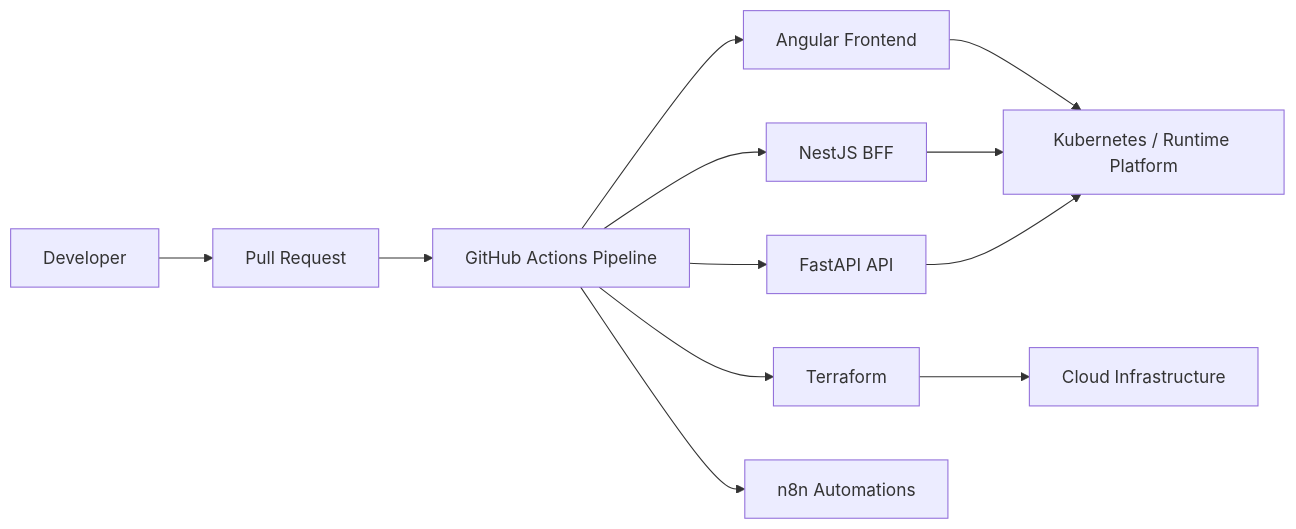
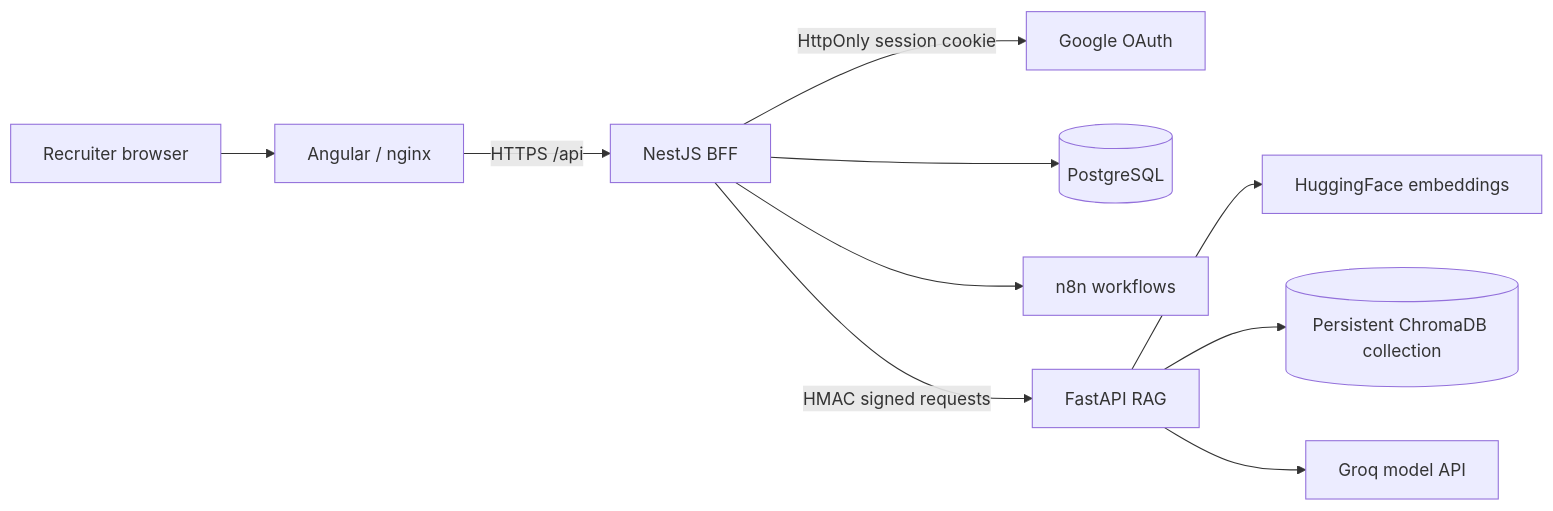
One commit to farah-ben-harb/devorecruiter changed the first of 2 diagrams in README.md. Above: the diagram before and after it, drawn with Mermaid. The commit also changed other lines of this file, not shown here.

Commit message:
docs: document DevoRecruiter architecture and delivery

````diff
--- a/README.md
+++ b/README.md
@@ -14,14 +11,12 @@
 ```mermaid
 flowchart LR
-    Dev[Developer] --> PR[Pull Request]
-    PR --> CI[GitHub Actions Pipeline]
-    CI --> Frontend[Angular Frontend]
-    CI --> BFF[NestJS BFF]
-    CI --> API[FastAPI API]
-    CI --> TF[Terraform]
-    CI --> N8N[n8n Automations]
-    TF --> Infra[Cloud Infrastructure]
-    Frontend --> Deploy[Kubernetes / Runtime Platform]
-    BFF --> Deploy
-    API --> Deploy
+    Browser[Recruiter browser] --> Frontend[Angular / nginx]
+    Frontend -->|HTTPS /api| BFF[NestJS BFF]
+    BFF -->|HttpOnly session cookie| Auth[Google OAuth]
+    BFF --> DB[(PostgreSQL)]
+    BFF --> N8N[n8n workflows]
+    BFF -->|HMAC signed requests| RAG[FastAPI RAG]
+    RAG --> HF[HuggingFace embeddings]
+    RAG --> Chroma[(Persistent ChromaDB collection)]
+    RAG --> Groq[Groq model API]
 ```
````
